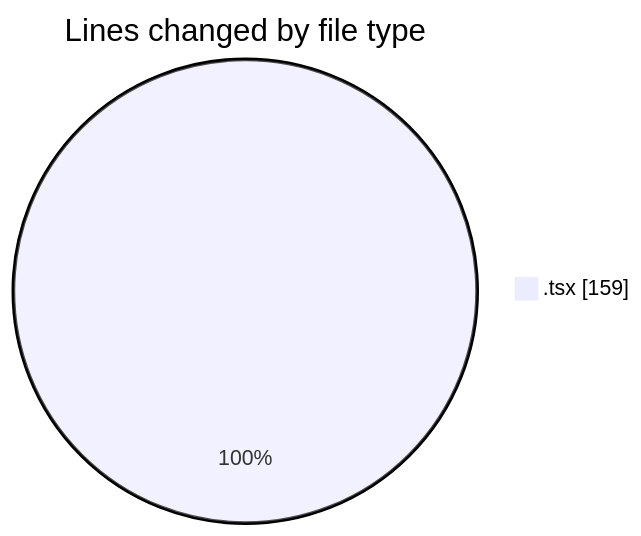
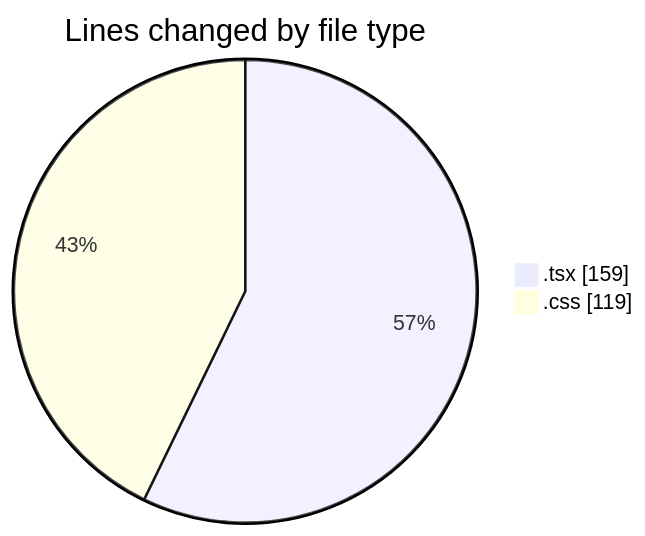
Before and after one commit to robertbonfada/code-tracking: the first of 2 diagrams in 2025-01-09/mbc-web/README.md, drawn with Mermaid. The commit also changed other lines of this file and 1 other file, not shown here.

````diff
--- a/2025-01-09/mbc-web/README.md
+++ b/2025-01-09/mbc-web/README.md
@@ -26,5 +27,6 @@
 ```mermaid
 pie showData
 title Lines changed by file type
 ".tsx" : 159
+".css" : 119
 ```
````
